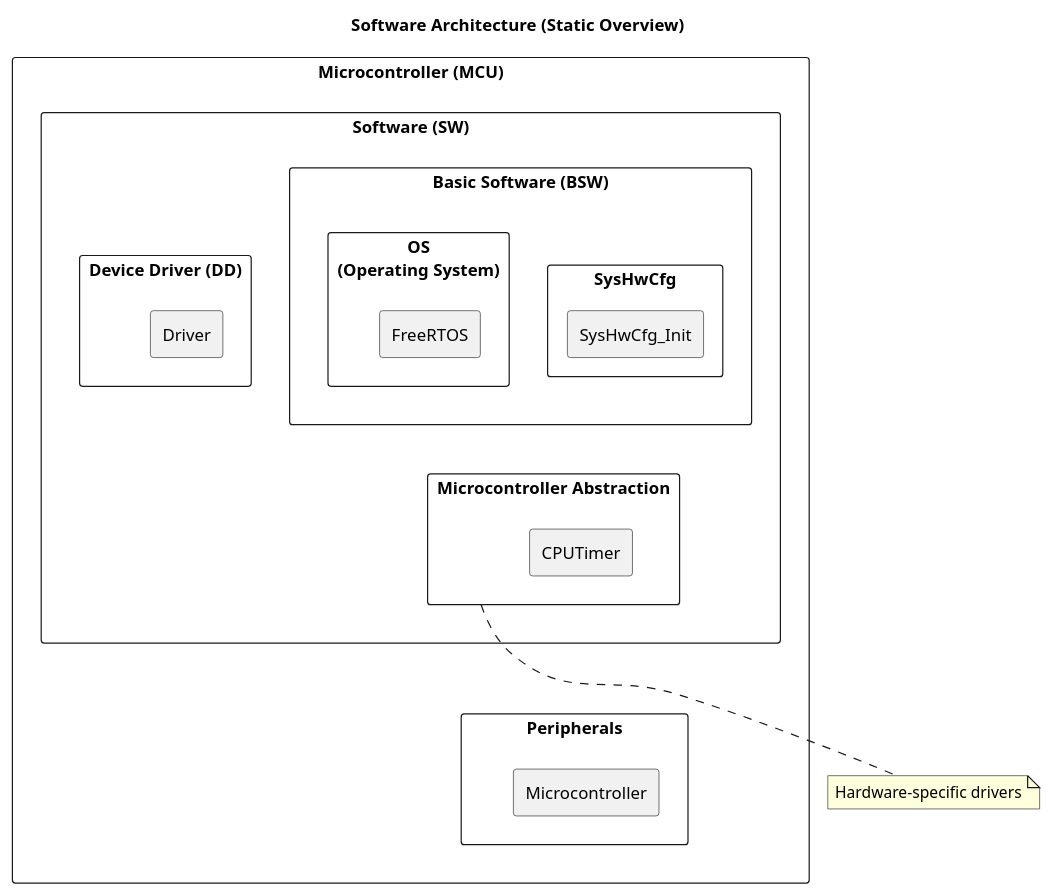
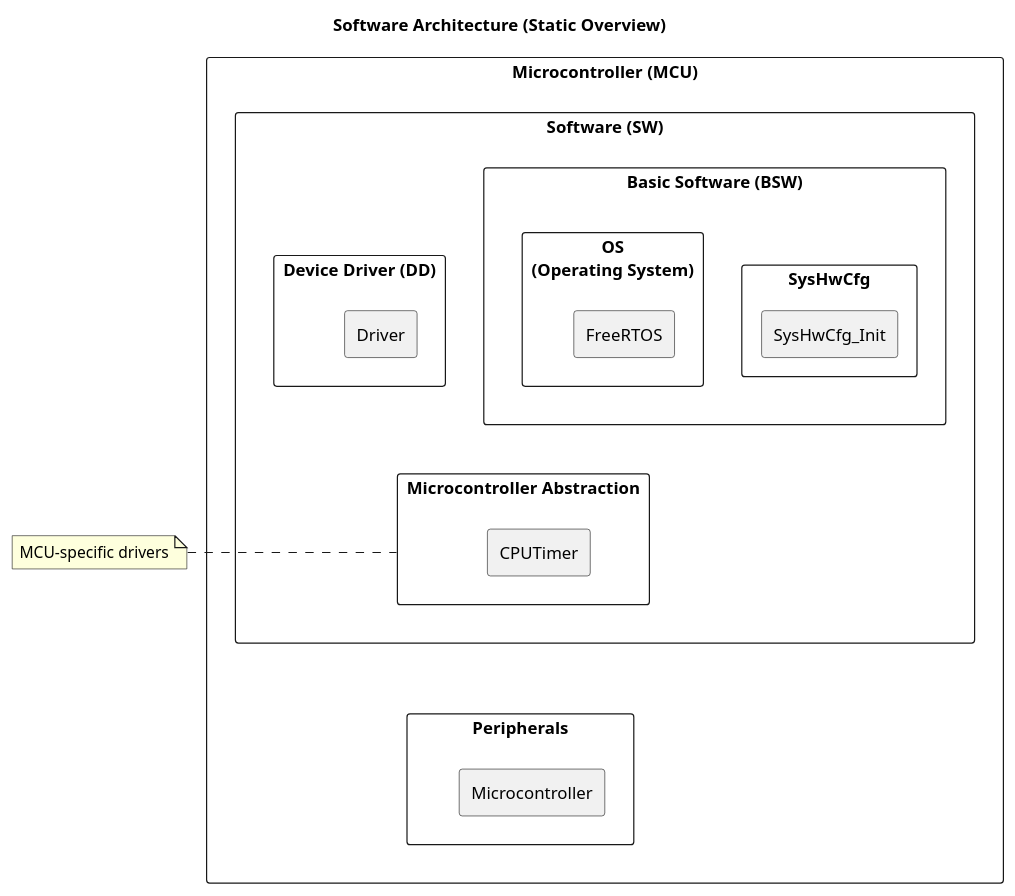
One commit to t0biasm/embedded-project changed the diagram in f2838/swArchitecture.puml. Above: the diagram before and after it, drawn with PlantUML. The commit also changed 1 other file, not shown here.

Commit message:
MindMap Extension

```diff
--- a/f2838/swArchitecture.puml
+++ b/f2838/swArchitecture.puml
@@ -1,46 +1,46 @@
 @startuml
 title Software Architecture (Static Overview)
 
 skinparam componentStyle rectangle
 skinparam packageStyle rectangle
 skinparam shadowing false
 skinparam defaultTextAlignment center
 
 ' === Top-Level Layers ===
 rectangle "Microcontroller (MCU)" as MCU {
     rectangle "Software (SW)" as SW {
         package "Basic Software (BSW)" {
             component "OS\n(Operating System)" as OS {
                 [FreeRTOS] as RTOS
             }
             component "SysHwCfg" as SysHwCfg {
                 [SysHwCfg_Init] as SysHwCfg_Init
             }
         }
 
         package "Device Driver (DD)" as DD {
             component "Driver" as Driver
         }
 
         package "Microcontroller Abstraction" as MCAL {
             component "CPUTimer" as CPUTimer
         }
     }
 
     package "Peripherals" as PER {
         component "Microcontroller" as HW
     }
 }
 
 ' === Relationships ===
 OS -[hidden]-> MCAL
 SysHwCfg_Init -[hidden]-> MCAL
 DD -[hidden]-> MCAL
 MCAL -[hidden]-> PER : Test
 
 ' === Notes ===
-note bottom of MCAL
-  Hardware-specific drivers
+note left of MCAL
+  MCU-specific drivers
 end note
 
 @enduml
```
